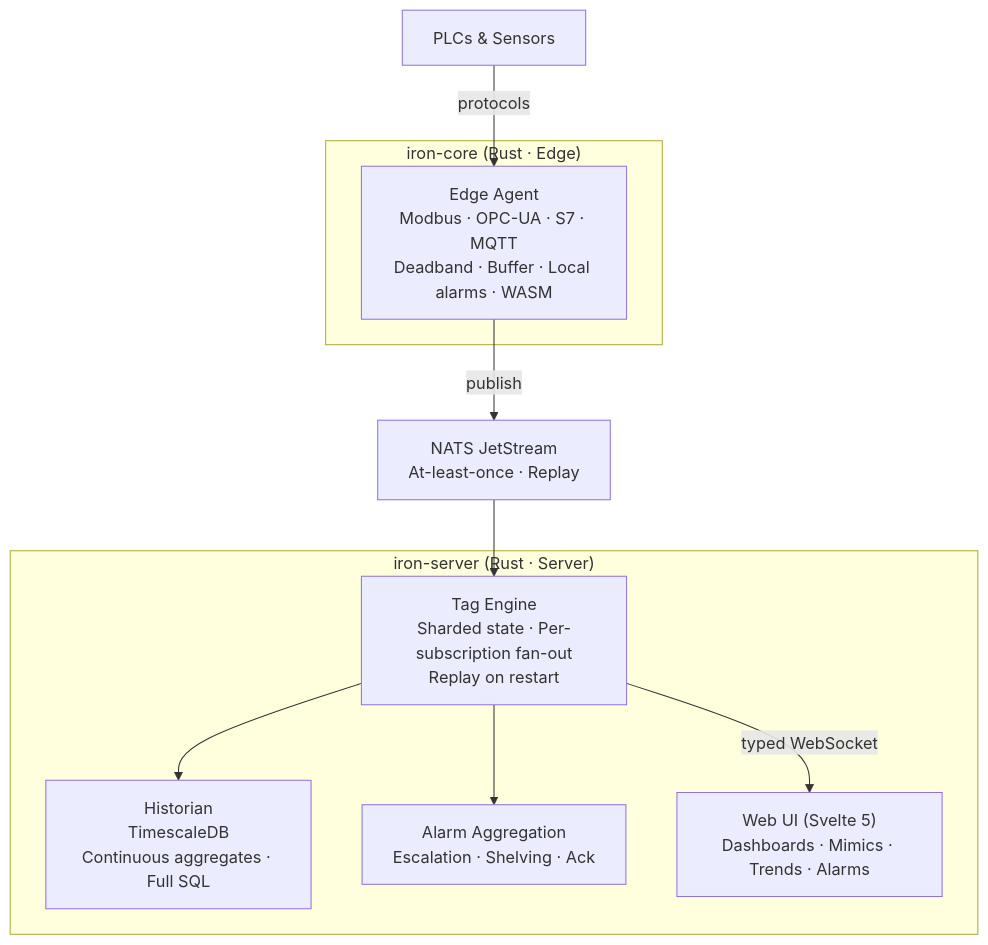
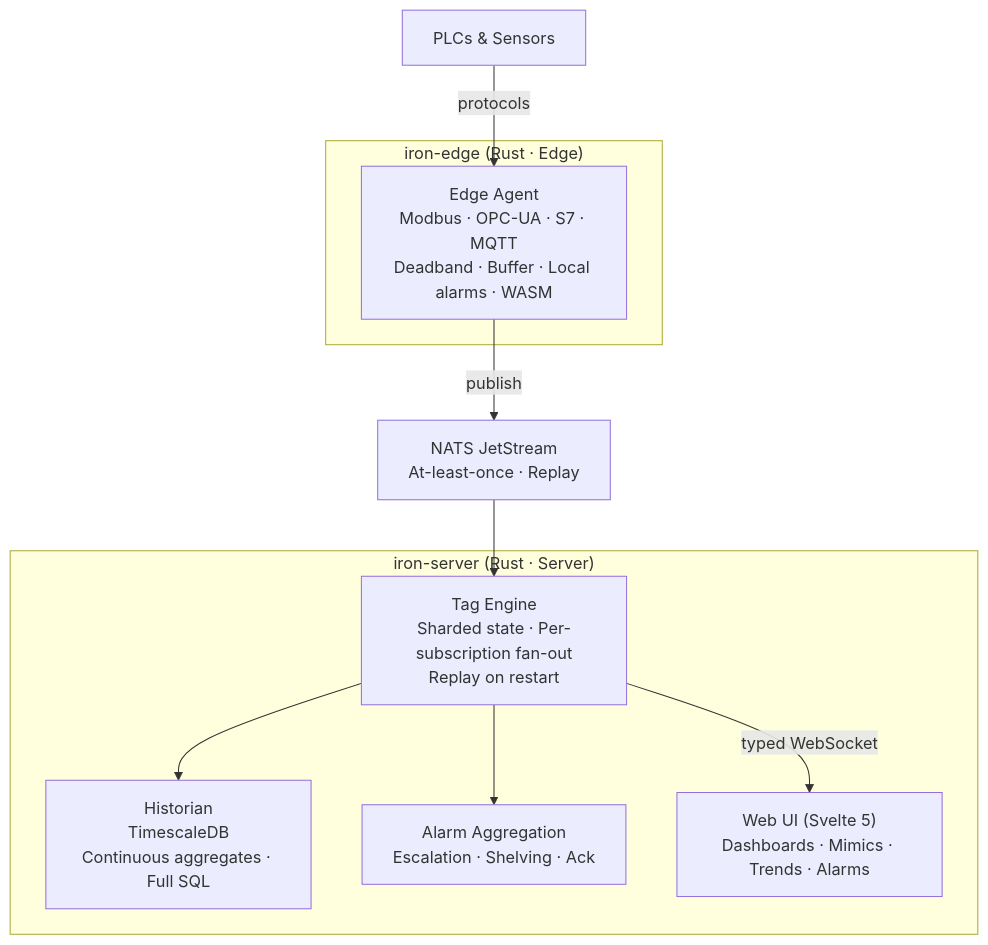
Before and after one commit to andreiyurik/iron-concept: the diagram in docs/specs/architecture.md, drawn with Mermaid. The commit also changed other lines of this file and 18 other files, not shown here.

First line of the commit message:
docs: resolve the iron-core name collision — the edge agent is iron-edge

````diff
--- a/docs/specs/architecture.md
+++ b/docs/specs/architecture.md
@@ -54,23 +54,23 @@
 ```mermaid
 graph TD
-    subgraph iron-core ["iron-core (Rust · Edge)"]
+    subgraph iron-edge ["iron-edge (Rust · Edge)"]
         EDGE["Edge Agent\nModbus · OPC-UA · S7 · MQTT\nDeadband · Buffer · Local alarms · WASM"]
     end
 
     subgraph iron-server ["iron-server (Rust · Server)"]
         TAGS["Tag Engine\nSharded state · Per-subscription fan-out\nReplay on restart"]
         TSDB["Historian\nTimescaleDB\nContinuous aggregates · Full SQL"]
         ALARM["Alarm Aggregation\nEscalation · Shelving · Ack"]
         HMI["Web UI (Svelte 5)\nDashboards · Mimics · Trends · Alarms"]
     end
 
     PLC["PLCs & Sensors"]
     NATS["NATS JetStream\nAt-least-once · Replay"]
 
     PLC -->|protocols| EDGE
     EDGE -->|publish| NATS
     NATS --> TAGS
     TAGS --> TSDB
     TAGS --> ALARM
     TAGS -->|typed WebSocket| HMI
 ```
````
